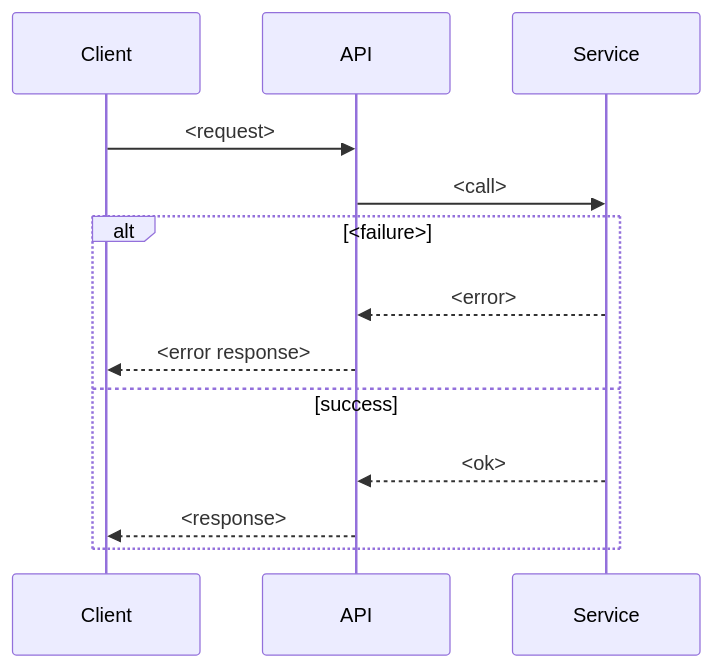
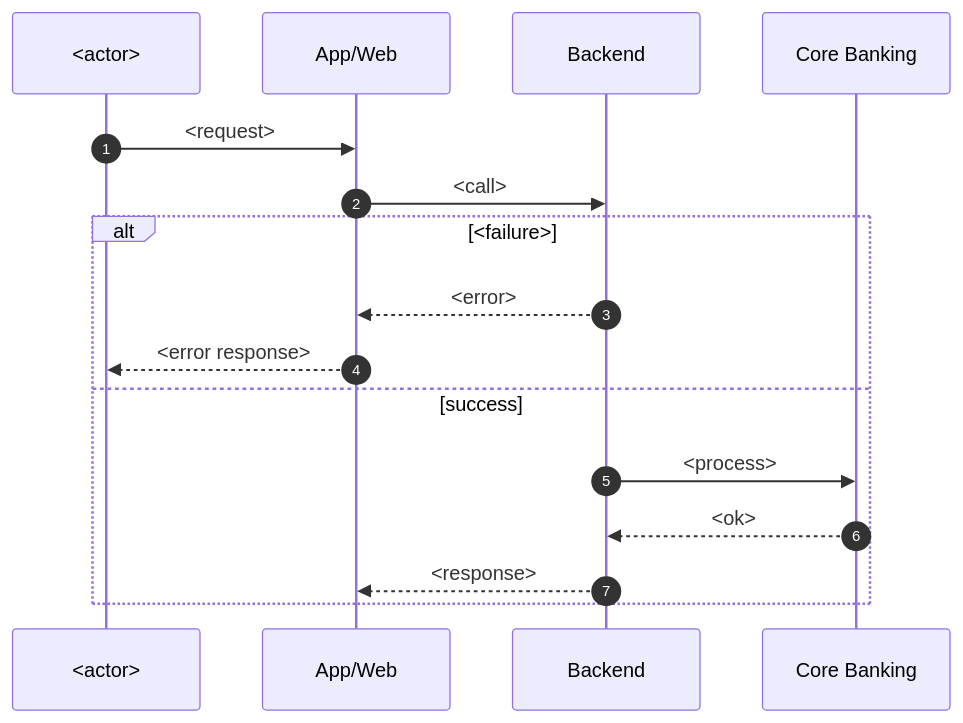
Before and after one commit to ductienuit/ClarifyBuddy: the first of 2 diagrams in .clarify/templates/model-suggestions-template.md, drawn with Mermaid. The commit also changed other lines of this file and 83 other files, not shown here.

````diff
--- a/.clarify/templates/model-suggestions-template.md
+++ b/.clarify/templates/model-suggestions-template.md
@@ -50,15 +31,18 @@
 ```mermaid
 sequenceDiagram
-    participant Client
-    participant API
-    participant Service
-    Client->>API: <request>
-    API->>Service: <call>
+    autonumber
+    participant A as <actor>
+    participant App as App/Web
+    participant BE as Backend
+    participant Core as Core Banking
+    A->>App: <request>
+    App->>BE: <call>
     alt <failure>
-        Service-->>API: <error>
-        API-->>Client: <error response>
+        BE-->>App: <error>
+        App-->>A: <error response>
     else success
-        Service-->>API: <ok>
-        API-->>Client: <response>
+        BE->>Core: <process>
+        Core-->>BE: <ok>
+        BE-->>App: <response>
     end
 ```
````
